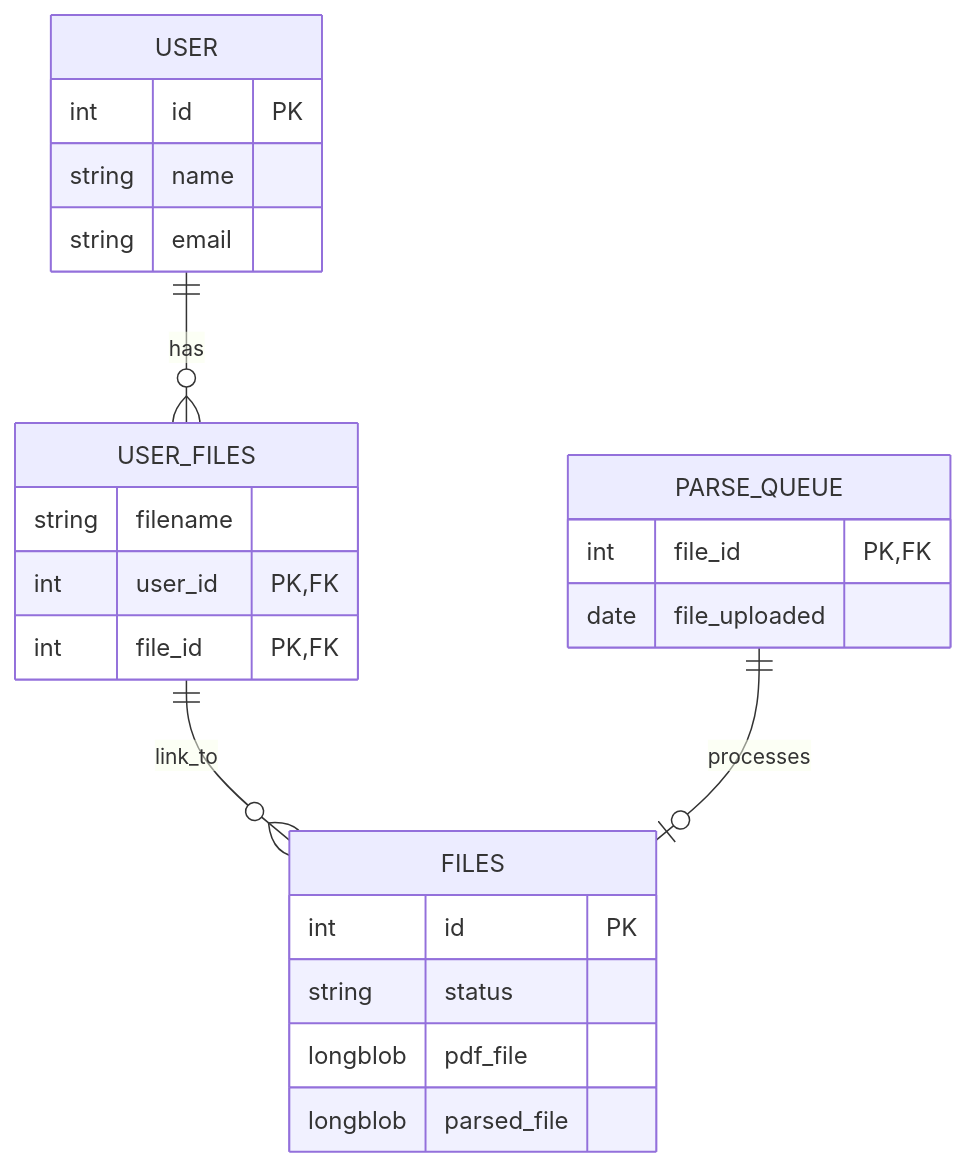
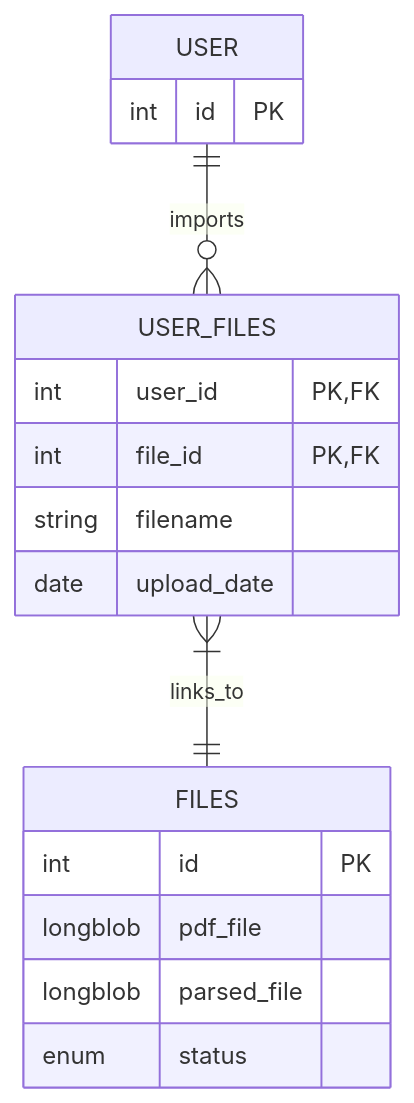
The diagram in README.md (OwerPlay/pdf-rest-api), drawn with Mermaid before and after one commit. The commit also changed other lines of this file and 6 other files, not shown here.

````diff
--- a/README.md
+++ b/README.md
@@ -16,26 +16,20 @@
 ```mermaid
 erDiagram
     USER {
         int id PK
-        string name
-        string email
     }
     USER_FILES {
-        string filename
         int user_id PK, FK
         int file_id PK, FK
+        string filename
+        date upload_date
     }
     FILES {
         int id PK
-        string status
         longblob pdf_file
         longblob parsed_file
+        enum status
     }
-    PARSE_QUEUE {
-        int file_id PK, FK
-        date file_uploaded
-    }
-    USER ||--o{ USER_FILES : has
-    USER_FILES ||--o{ FILES : link_to
-    PARSE_QUEUE ||--o| FILES : processes
+    USER ||--o{ USER_FILES : imports
+    USER_FILES }|--|| FILES : links_to
 ```
````
